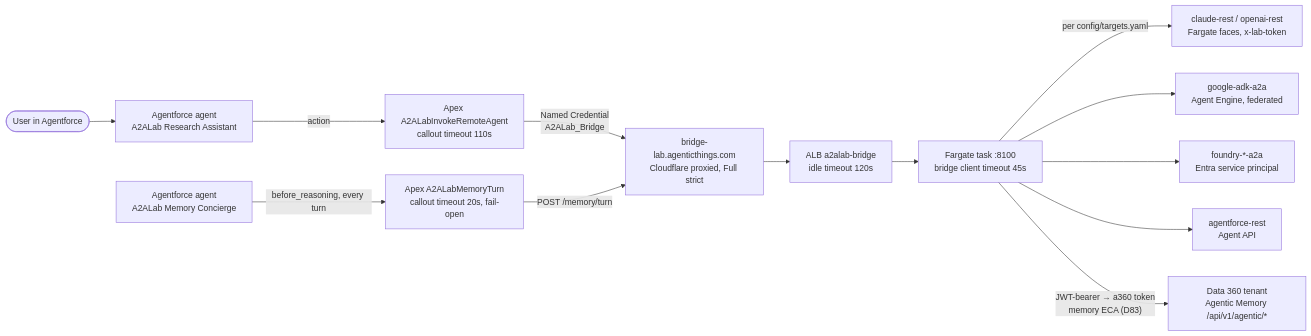
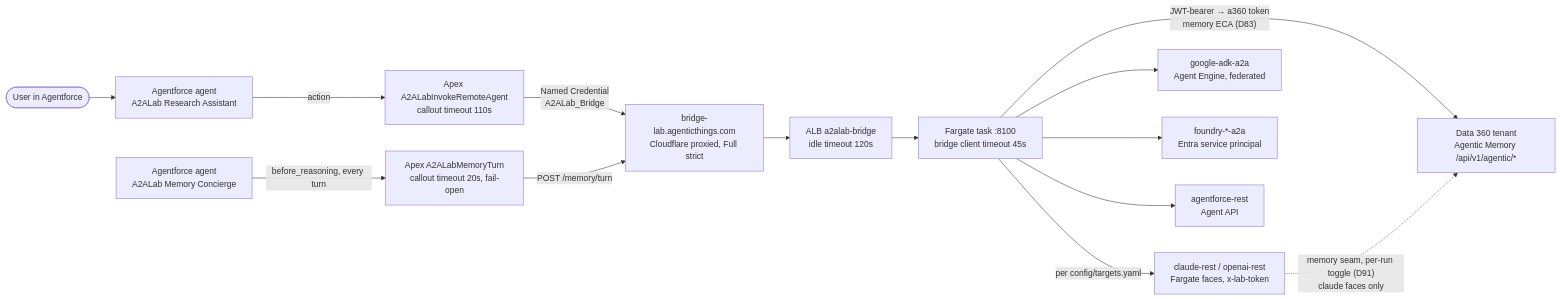
The fourth of 11 diagrams in plan/09-deployment-map.md (congmingwudi/a2a-lab), drawn with Mermaid before and after one commit. The commit also changed other lines of this file and 20 other files, not shown here.

First line of the commit message:
WS27/D91: generic memory seam, a per-run Memory toggle, and Claude live behind it

````diff
--- a/plan/09-deployment-map.md
+++ b/plan/09-deployment-map.md
@@ -294,15 +294,16 @@
 ```mermaid
 flowchart LR
   USER(["User in Agentforce"]) --> AFA["Agentforce agent<br/>A2ALab Research Assistant"]
   AFA -->|"action"| APEX["Apex A2ALabInvokeRemoteAgent<br/>callout timeout 110s"]
   APEX -->|"Named Credential<br/>A2ALab_Bridge"| DNS["bridge-lab.agenticthings.com<br/>Cloudflare proxied, Full strict"]
   DNS --> ALBX["ALB a2alab-bridge<br/>idle timeout 120s"]
   ALBX --> BRX["Fargate task :8100<br/>bridge client timeout 45s"]
   BRX -->|"per config/targets.yaml"| T1["claude-rest / openai-rest<br/>Fargate faces, x-lab-token"]
   BRX --> T2["google-adk-a2a<br/>Agent Engine, federated"]
   BRX --> T3["foundry-*-a2a<br/>Entra service principal"]
   BRX --> T4["agentforce-rest<br/>Agent API"]
   CON["Agentforce agent<br/>A2ALab Memory Concierge"] -->|"before_reasoning, every turn"| MAPEX["Apex A2ALabMemoryTurn<br/>callout timeout 20s, fail-open"]
   MAPEX -->|"POST /memory/turn"| DNS
   BRX -->|"JWT-bearer → a360 token<br/>memory ECA (D83)"| MEM["Data 360 tenant<br/>Agentic Memory /api/v1/agentic/*"]
+  T1 -.->|"memory seam, per-run toggle (D91)<br/>claude faces only"| MEM
 ```
````
